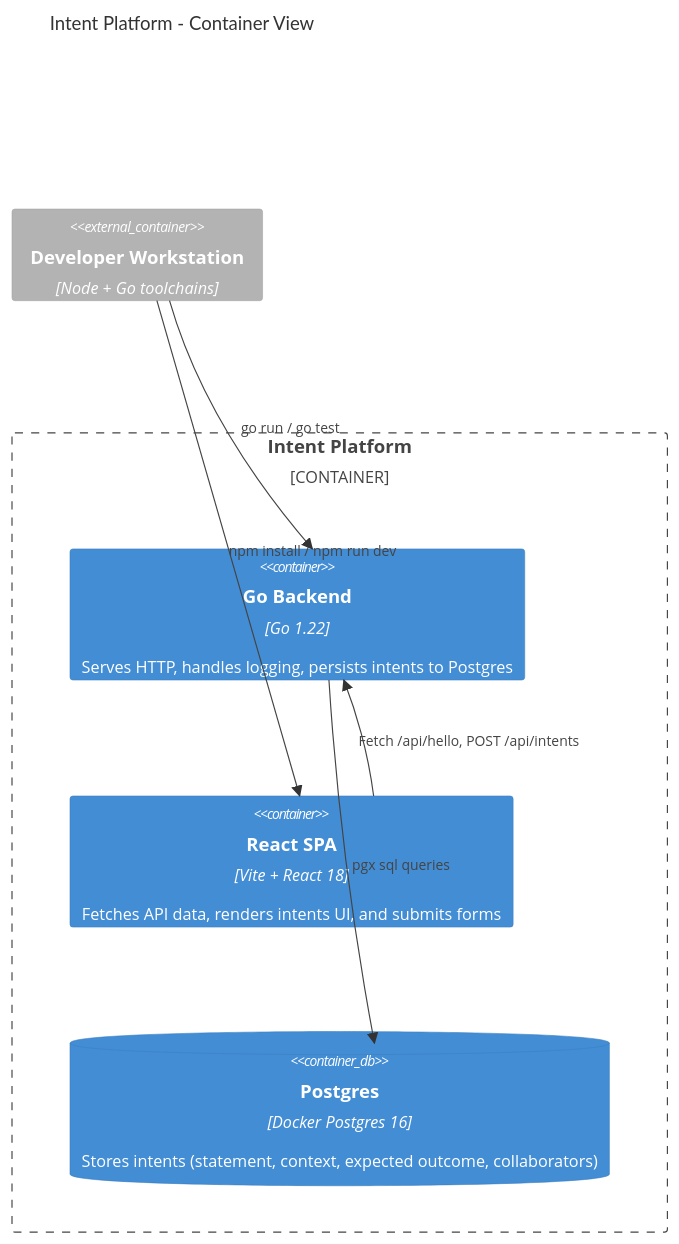
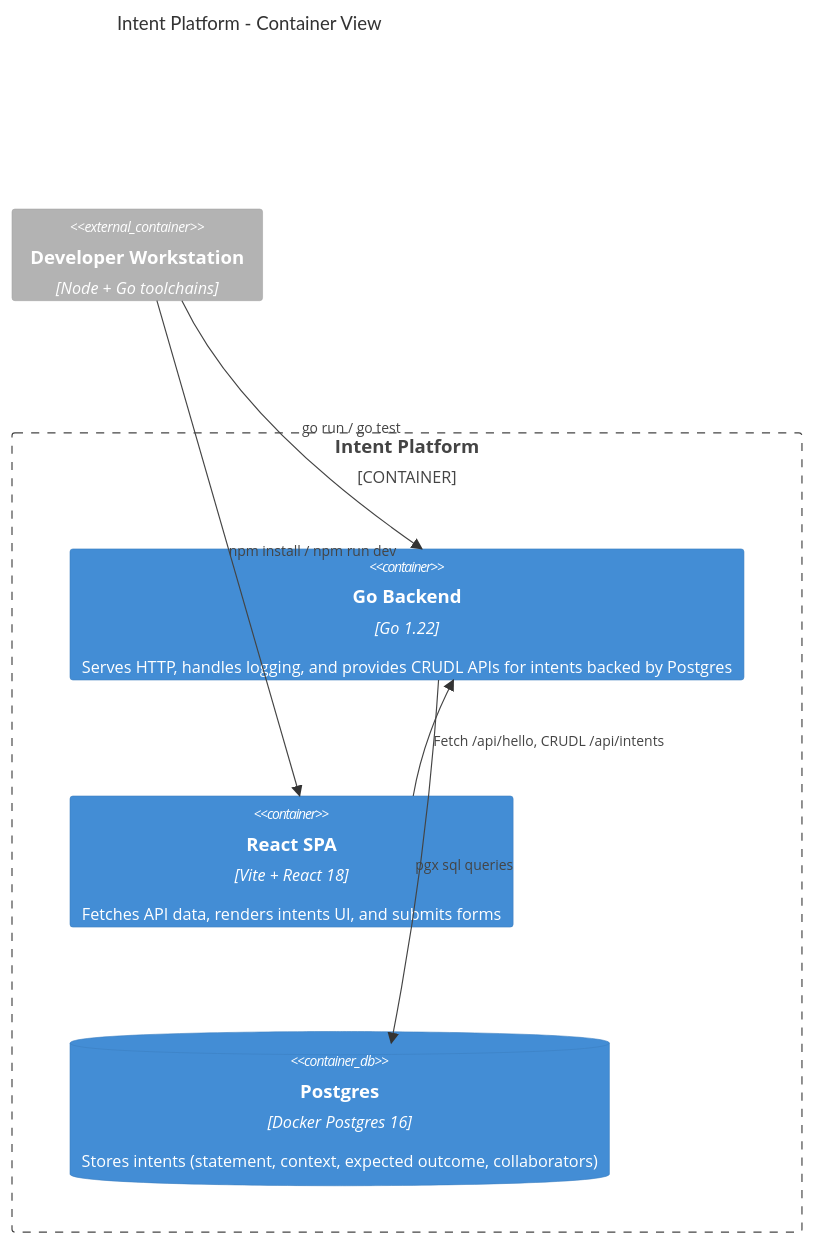
Before and after one commit to aotearoa-david/intent: the second of 2 diagrams in README.md, drawn with Mermaid. The commit also changed other lines of this file and 6 other files, not shown here.

Commit message:
Add CRUDL endpoints for intents

````diff
--- a/README.md
+++ b/README.md
@@ -127,15 +131,15 @@
 ```mermaid
 C4Container
     title Intent Platform - Container View
     Container_Boundary(c1, "Intent Platform") {
-        Container(api, "Go Backend", "Go 1.22", "Serves HTTP, handles logging, persists intents to Postgres")
+        Container(api, "Go Backend", "Go 1.22", "Serves HTTP, handles logging, and provides CRUDL APIs for intents backed by Postgres")
         Container(frontend, "React SPA", "Vite + React 18", "Fetches API data, renders intents UI, and submits forms")
         ContainerDb(db, "Postgres", "Docker Postgres 16", "Stores intents (statement, context, expected outcome, collaborators)")
     }
     Container_Ext(dev, "Developer Workstation", "Node + Go toolchains")
 
     Rel(dev, frontend, "npm install / npm run dev")
     Rel(dev, api, "go run / go test")
-    Rel(frontend, api, "Fetch /api/hello, POST /api/intents")
+    Rel(frontend, api, "Fetch /api/hello, CRUDL /api/intents")
     Rel(api, db, "pgx sql queries")
 ```
````
